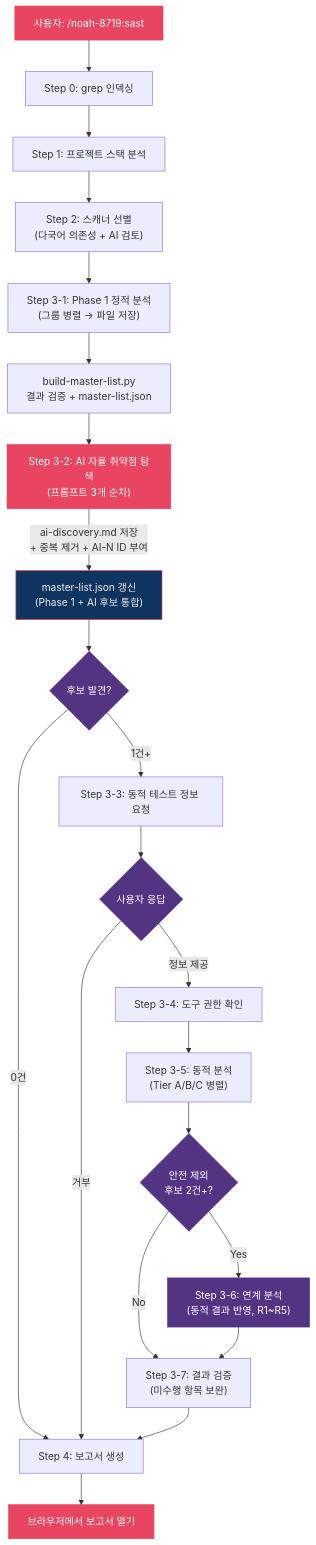
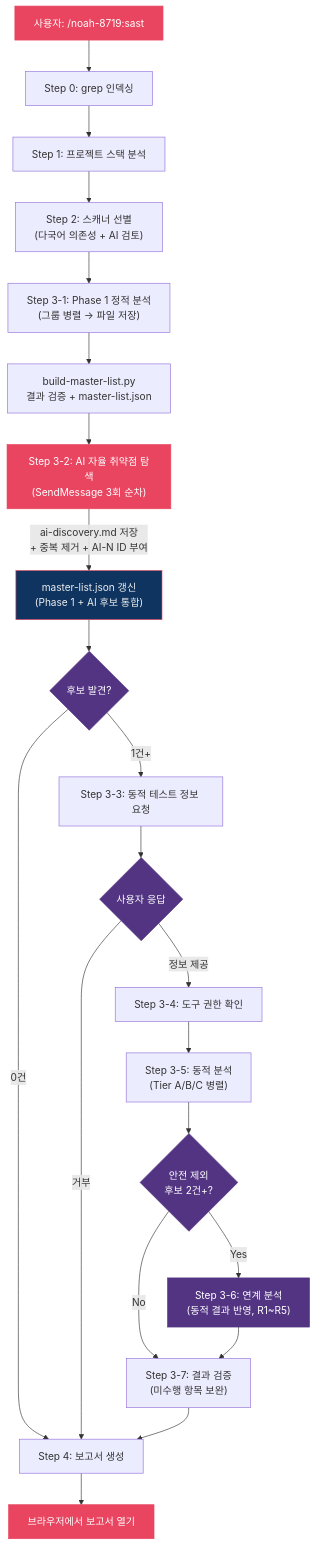
Before and after one commit to nomarlhack/noah-sast: the fifth of 5 diagrams in README.md, drawn with Mermaid. The commit also changed other lines of this file and 2 other files, not shown here.

First line of the commit message:
refactor: AI 자율 탐색을 SendMessage 기반 순차 실행으로 변경

````diff
--- a/README.md
+++ b/README.md
@@ -668,32 +665,32 @@
 ```mermaid
 flowchart TD
     User["사용자: /noah-8719:sast"] --> S0["Step 0: grep 인덱싱"]
     S0 --> S1["Step 1: 프로젝트 스택 분석"]
     S1 --> S2["Step 2: 스캐너 선별\n(다국어 의존성 + AI 검토)"]
     S2 --> S3["Step 3-1: Phase 1 정적 분석\n(그룹 병렬 → 파일 저장)"]
     S3 --> BML2["build-master-list.py\n결과 검증 + master-list.json"]
-    BML2 --> AI["Step 3-2: AI 자율 취약점 탐색\n(프롬프트 3개 순차)"]
+    BML2 --> AI["Step 3-2: AI 자율 취약점 탐색\n(SendMessage 3회 순차)"]
     AI -->|"ai-discovery.md 저장\n+ 중복 제거 + AI-N ID 부여"| MLUpdate2["master-list.json 갱신\n(Phase 1 + AI 후보 통합)"]
     MLUpdate2 --> Check{후보 발견?}
     Check -->|0건| S4["Step 4: 보고서 생성"]
     Check -->|1건+| Ask["Step 3-3: 동적 테스트 정보 요청"]
     Ask --> UserReply{사용자 응답}
     UserReply -->|정보 제공| Perm["Step 3-4: 도구 권한 확인"]
     UserReply -->|거부| S4
     Perm --> Dynamic["Step 3-5: 동적 분석\n(Tier A/B/C 병렬)"]
     Dynamic --> ChainCheck{"안전 제외\n후보 2건+?"}
     ChainCheck -->|Yes| Chain["Step 3-6: 연계 분석\n(동적 결과 반영, R1~R5)"]
     ChainCheck -->|No| Verify
     Chain --> Verify["Step 3-7: 결과 검증\n(미수행 항목 보완)"]
     Verify --> S4
     S4 --> Open["브라우저에서 보고서 열기"]
 
     style User fill:#e94560,stroke:#e94560,color:#fff
     style AI fill:#e94560,stroke:#e94560,color:#fff
     style MLUpdate2 fill:#0f3460,stroke:#e94560,color:#eee
     style Chain fill:#533483,stroke:#533483,color:#fff
     style Open fill:#e94560,stroke:#e94560,color:#fff
     style Check fill:#533483,stroke:#533483,color:#fff
     style ChainCheck fill:#533483,stroke:#533483,color:#fff
     style UserReply fill:#533483,stroke:#533483,color:#fff
 ```
````
